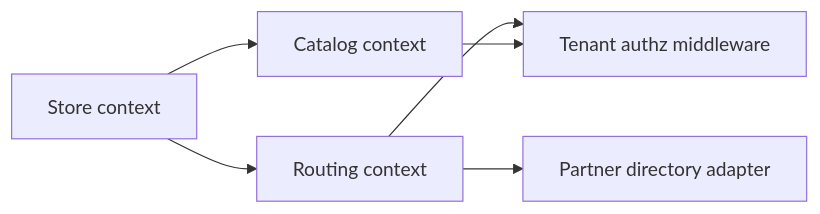
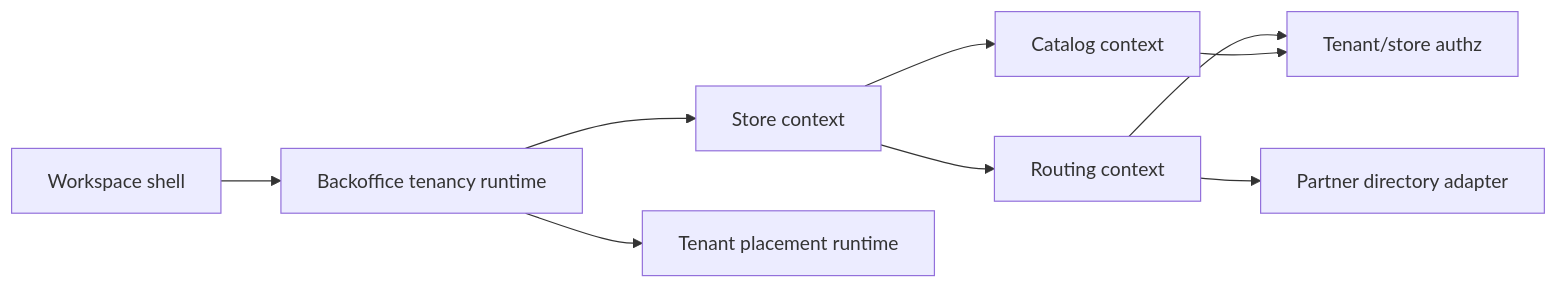
The third of 4 diagrams in docs/architecture/bounded-contexts.md (tuannm99/podzone), drawn with Mermaid before and after one commit. The commit also changed other lines of this file and 5 other files, not shown here.

````diff
--- a/docs/architecture/bounded-contexts.md
+++ b/docs/architecture/bounded-contexts.md
@@ -42,14 +42,20 @@
 ```mermaid
 flowchart LR
+    Shell["Workspace shell"]
+    Tenancy["Backoffice tenancy runtime"]
     Store["Store context"]
     Catalog["Catalog context"]
     Routing["Routing context"]
     PartnerDir["Partner directory adapter"]
-    IAMAuthz["Tenant authz middleware"]
+    IAMAuthz["Tenant/store authz"]
+    Placement["Tenant placement runtime"]
 
+    Shell --> Tenancy
+    Tenancy --> Placement
+    Tenancy --> Store
     Store --> Catalog
     Store --> Routing
     Routing --> PartnerDir
     Routing --> IAMAuthz
     Catalog --> IAMAuthz
 ```
````
